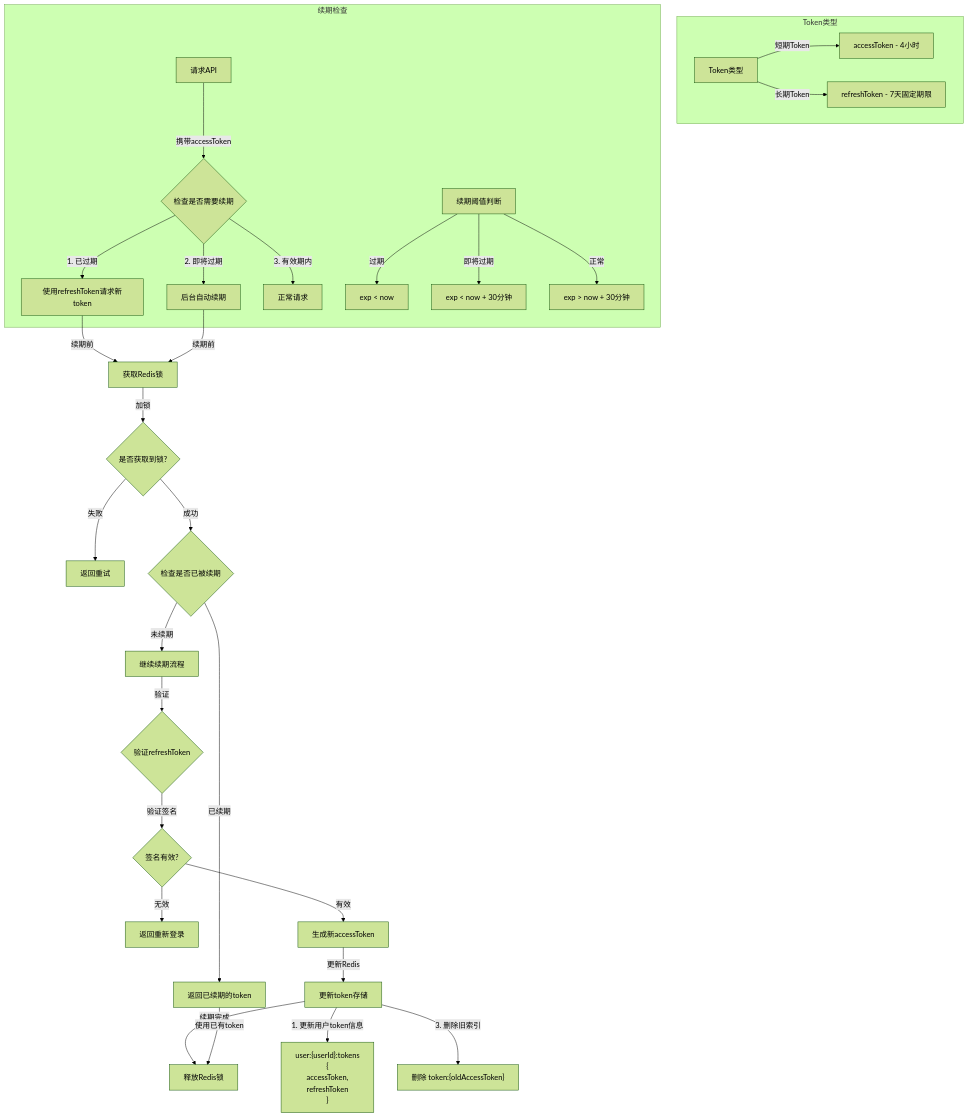
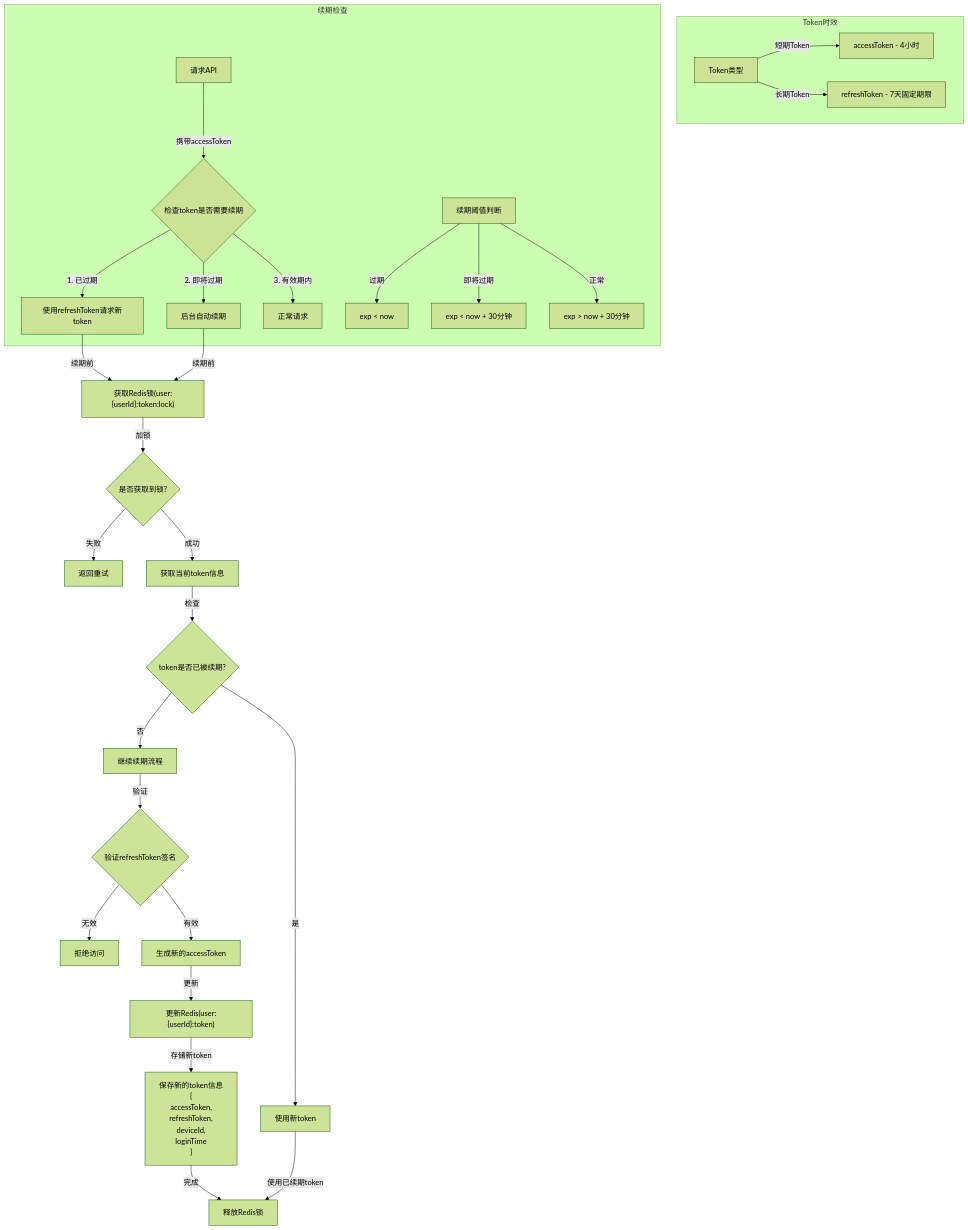
The diagram in all/考虑修改-15.md (yingjianzh/iodraw-files), drawn with Mermaid (forest theme) before and after one commit.

Commit message:
2025-01-03 09:46:27 update

````diff
--- a/all/考虑修改-15.md
+++ b/all/考虑修改-15.md
@@ -1,48 +1,48 @@
 ```mermaid
 flowchart TD
-    subgraph Token类型
+    subgraph Token时效
         A[Token类型] -->|短期Token| B[accessToken - 4小时]
         A -->|长期Token| C[refreshToken - 7天固定期限]
     end
 
     subgraph 续期检查
-        F[请求API] -->|携带accessToken| G{检查是否需要续期}
+        F[请求API] -->|携带accessToken| G{检查token是否需要续期}
         G -->|1. 已过期| H[使用refreshToken请求新token]
         G -->|2. 即将过期| I[后台自动续期]
         G -->|3. 有效期内| J[正常请求]
         
         %% 续期阈值判断
         K[续期阈值判断]
         K -->|过期| L[exp < now]
         K -->|即将过期| M[exp < now + 30分钟]
         K -->|正常| N[exp > now + 30分钟]
     end
 
     %% 并发控制和续期流程
-    H & I -->|续期前| LC[获取Redis锁]
+    H & I -->|续期前| LC["获取Redis锁(user:{userId}:token:lock)"]
     LC -->|加锁| LD{是否获取到锁?}
     LD -->|失败| LE[返回重试]
-    LD -->|成功| LF{检查是否已被续期}
-    LF -->|已续期| LG[返回已续期的token]
-    LF -->|未续期| LH[继续续期流程]   
+    LD -->|成功| LF[获取当前token信息]
+    LF -->|检查| LG{token是否已被续期?}
+    LG -->|是| LH[使用新token]
+    LG -->|否| LI[继续续期流程]   
 
     %% Token验证和生成
-    LH -->|验证| O{验证refreshToken}
-    O -->|验证签名| P{签名有效?}
-    P -->|无效| Q1[返回重新登录]
-    P -->|有效| V[生成新accessToken]
+    LI -->|验证| O{验证refreshToken签名}
+    O -->|无效| P[拒绝访问]
+    O -->|有效| Q[生成新的accessToken]
     
-    %% Redis更新
-    V -->|更新Redis| X[更新token存储]
-    X -->|1. 更新用户token信息| Y["user:{userId}:tokens 
+    %% 更新Redis存储
+    Q -->|更新| R["更新Redis(user:{userId}:token)"]
+    R -->|存储新token| S["保存新的token信息 
     {
         accessToken,
-        refreshToken
+        refreshToken,
+        deviceId,
+        loginTime
     }"]
 
-    X -->|3. 删除旧索引| AA["删除 token:{oldAccessToken}"]
-
     %% 释放锁
-    X -->|续期完成| LI[释放Redis锁]
-    LG -->|使用已有token| LI
+    S -->|完成| T[释放Redis锁]
+    LH -->|使用已续期token| T
 ```
````
